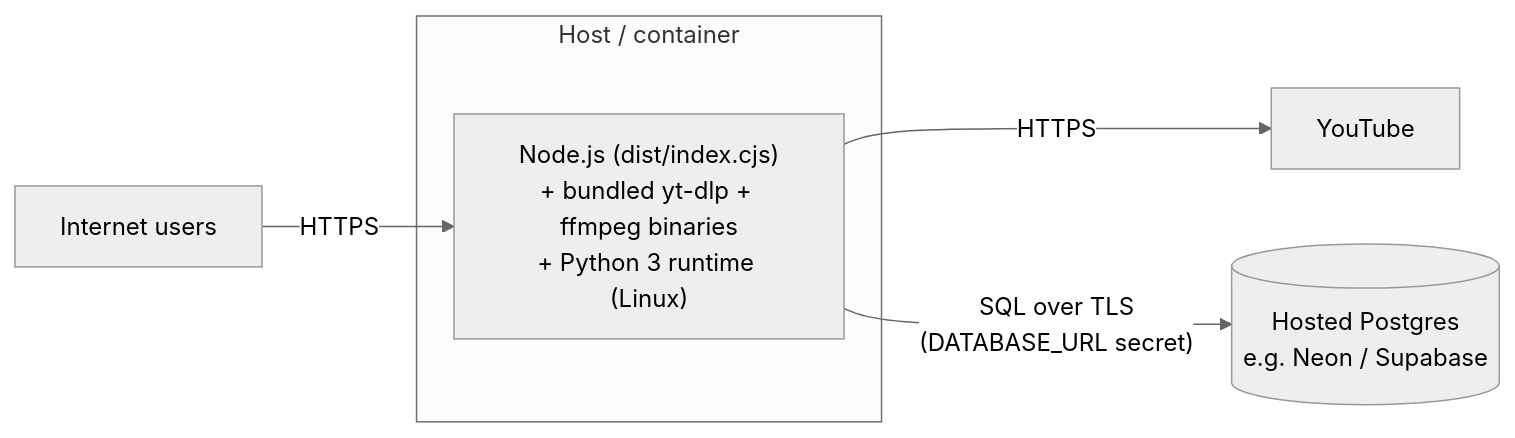
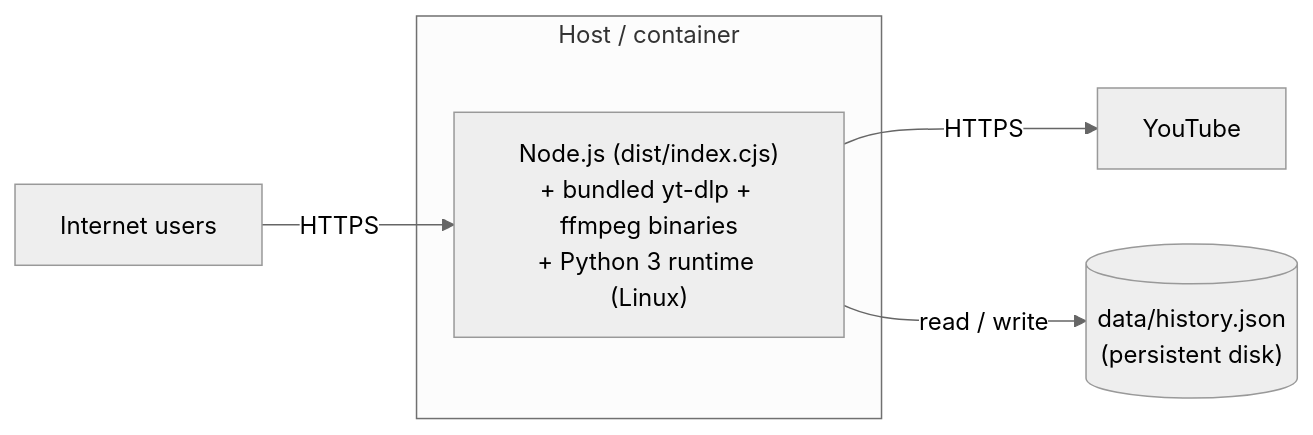
Before and after one commit to ShayanZafar/YTDownload: the fourth of 4 diagrams in TECHNICAL.md, drawn with Mermaid (neutral theme). The commit also changed other lines of this file and 17 other files, not shown here.

First line of the commit message:
Replace Postgres with a JSON history file

````diff
--- a/TECHNICAL.md
+++ b/TECHNICAL.md
@@ -208,9 +205,9 @@
 ```mermaid
 flowchart LR
   subgraph Host["Host / container"]
     Node2["Node.js (dist/index.cjs)<br/>+ bundled yt-dlp + ffmpeg binaries<br/>+ Python 3 runtime (Linux)"]
   end
   Internet["Internet users"] -- HTTPS --> Node2
   Node2 -- HTTPS --> YouTubeProd["YouTube"]
-  Node2 -- "SQL over TLS<br/>(DATABASE_URL secret)" --> Neon[("Hosted Postgres<br/>e.g. Neon / Supabase")]
+  Node2 -- "read / write" --> Disk[("data/history.json<br/>(persistent disk)")]
 ```
````
